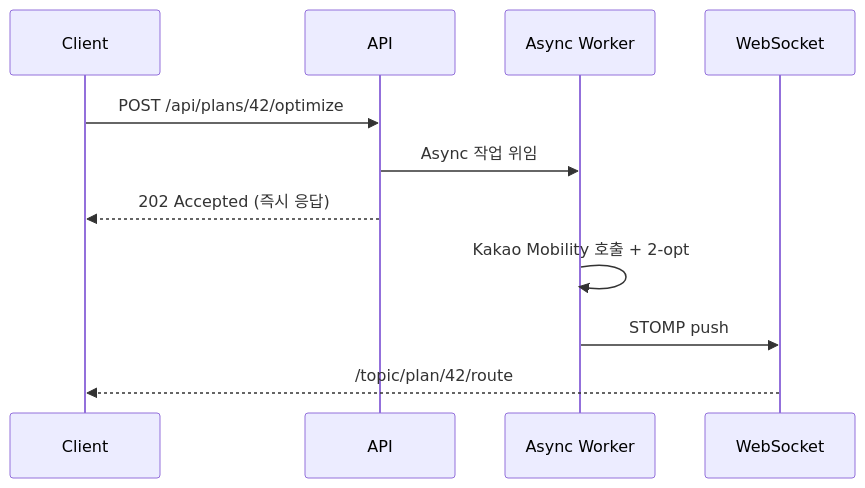
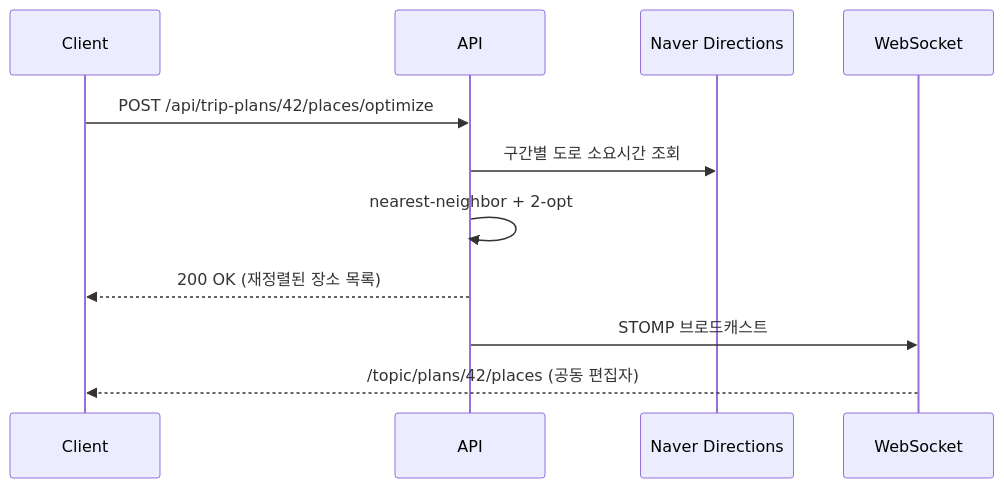
Before and after one commit to tripcrew/tripcrew: the second of 2 diagrams in README.md, drawn with Mermaid. The commit also changed other lines of this file, not shown here.

````diff
--- a/README.md
+++ b/README.md
@@ -199,14 +191,14 @@
 ```mermaid
 sequenceDiagram
     participant C as Client
     participant A as API
-    participant W as Async Worker
+    participant N as Naver Directions
     participant S as WebSocket
 
-    C->>A: POST /api/plans/42/optimize
-    A->>W: Async 작업 위임
-    A-->>C: 202 Accepted (즉시 응답)
-    W->>W: Kakao Mobility 호출 + 2-opt
-    W->>S: STOMP push
-    S-->>C: /topic/plan/42/route
+    C->>A: POST /api/trip-plans/42/places/optimize
+    A->>N: 구간별 도로 소요시간 조회
+    A->>A: nearest-neighbor + 2-opt
+    A-->>C: 200 OK (재정렬된 장소 목록)
+    A->>S: STOMP 브로드캐스트
+    S-->>C: /topic/plans/42/places (공동 편집자)
 ```
````
